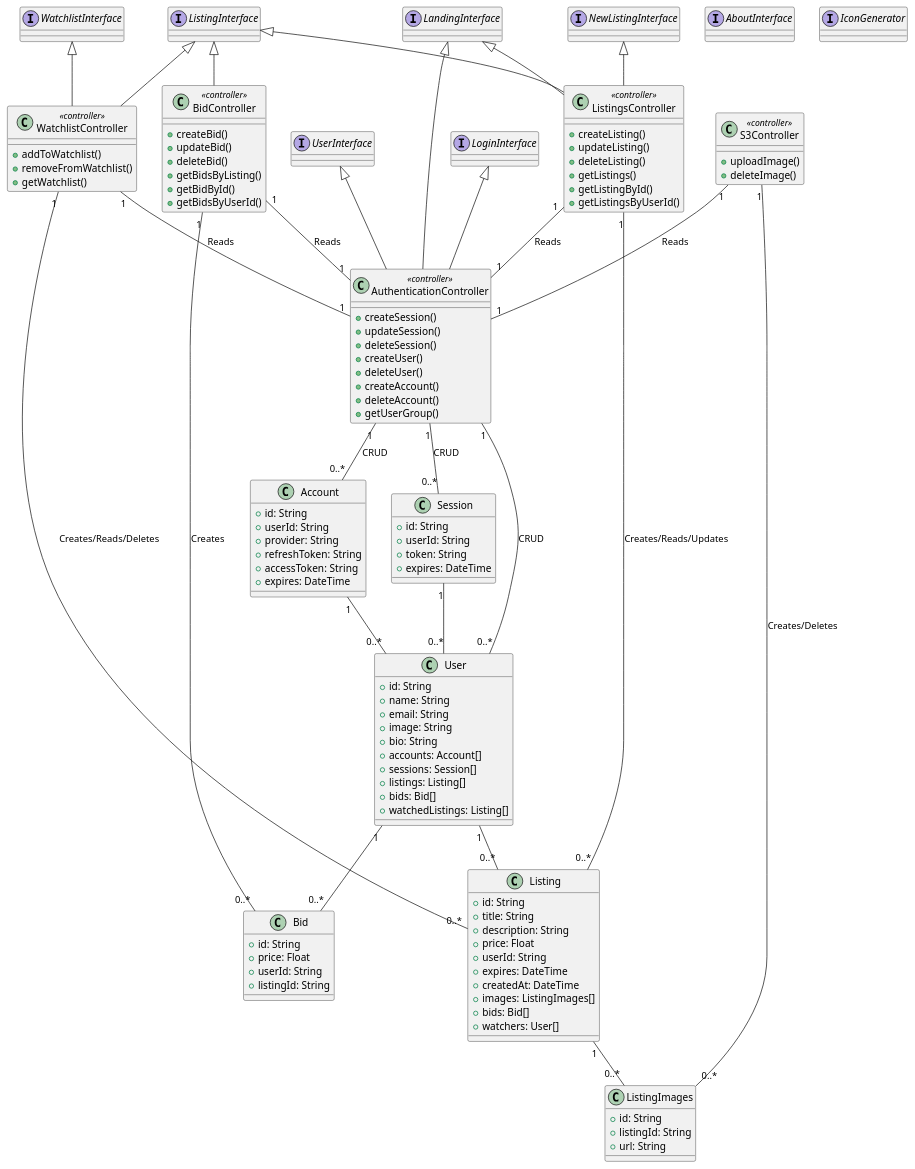
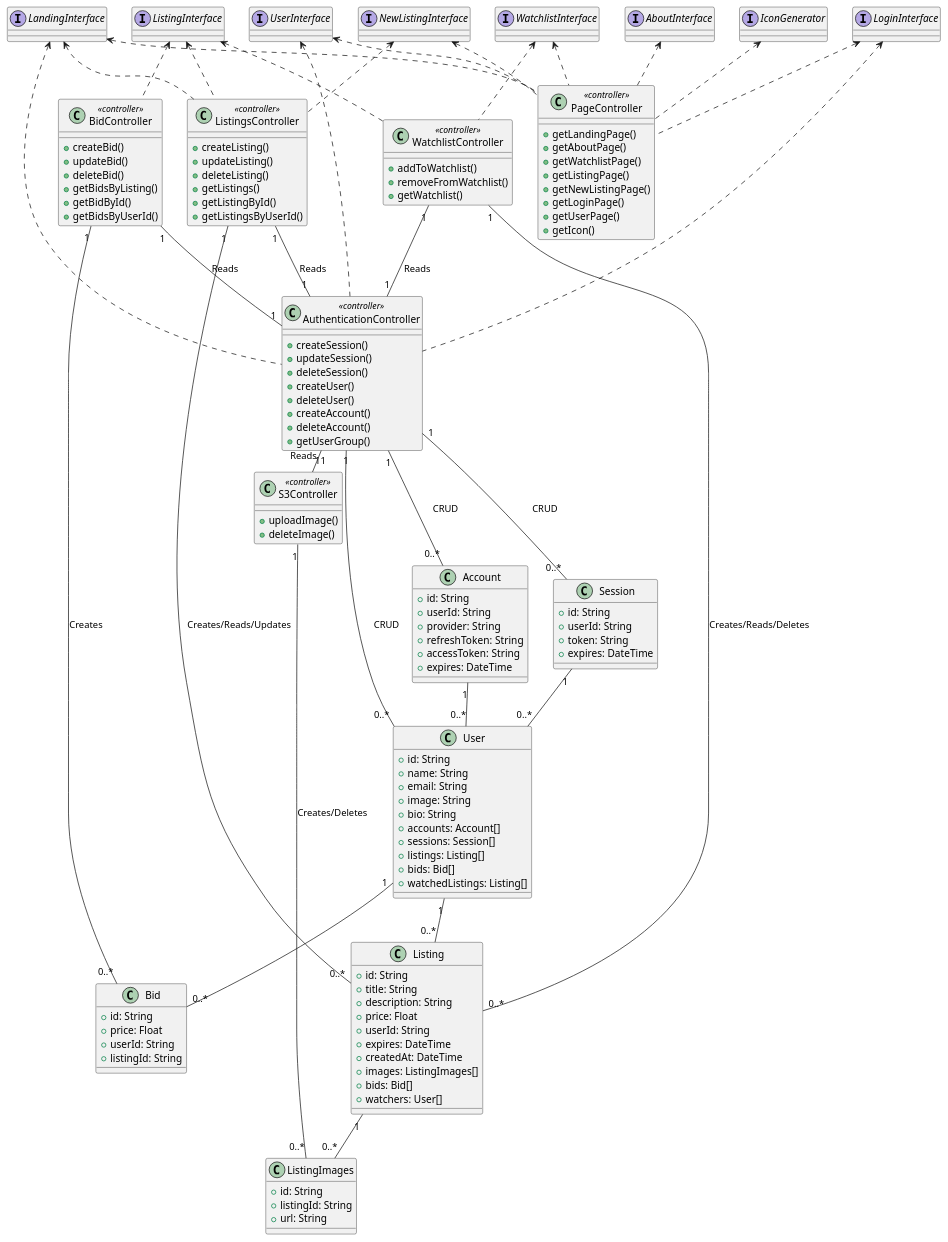
The diagram in uml/class_diagram.puml (martinmiglio/CS471-Project), drawn with PlantUML before and after one commit.

Commit message:
fix class diagram

```diff
--- a/uml/class_diagram.puml
+++ b/uml/class_diagram.puml
@@ -1,149 +1,166 @@
 @startuml ClassDiagram
 
 ' models
 
 class Account {
   +id: String
   +userId: String
   +provider: String
   +refreshToken: String
   +accessToken: String
   +expires: DateTime
 }
 
 class Session {
   +id: String
   +userId: String
   +token: String
   +expires: DateTime
 }
 
 class User {
   +id: String
   +name: String
   +email: String
   +image: String
   +bio: String
   +accounts: Account[]
   +sessions: Session[]
   +listings: Listing[]
   +bids: Bid[]
   +watchedListings: Listing[]
 }
 
 class Listing {
   +id: String
   +title: String
   +description: String
   +price: Float
   +userId: String
   +expires: DateTime
   +createdAt: DateTime
   +images: ListingImages[]
   +bids: Bid[]
   +watchers: User[]
 }
 
 class ListingImages {
   +id: String
   +listingId: String
   +url: String
 }
 
 class Bid {
   +id: String
   +price: Float
   +userId: String
   +listingId: String
 }
 
 Account "1" -- "0..*" User
 Session "1" -- "0..*" User
 User "1" -- "0..*" Listing
 User "1" -- "0..*" Bid
 Listing "1" -- "0..*" ListingImages
 
 ' controllers
+class PageController <<controller>>{
+  +getLandingPage()
+  +getAboutPage()
+  +getWatchlistPage()
+    +getListingPage()
+    +getNewListingPage()
+    +getLoginPage()
+    +getUserPage()
++getIcon()
+}
 
 class ListingsController <<controller>>{
   +createListing()
   +updateListing()
   +deleteListing()
   +getListings()
   +getListingById()
   +getListingsByUserId()
 }
 
 class WatchlistController <<controller>>{
   +addToWatchlist()
   +removeFromWatchlist()
   +getWatchlist()
 }
 
 class AuthenticationController <<controller>>{
   +createSession()
   +updateSession()
   +deleteSession()
   +createUser()
   +deleteUser()
   +createAccount()
   +deleteAccount()
   +getUserGroup()
 }
 
 class BidController <<controller>>{
   +createBid()
   +updateBid()
   +deleteBid()
   +getBidsByListing()
   +getBidById()
   +getBidsByUserId()
 }
 
 class S3Controller <<controller>>{
   +uploadImage()
   +deleteImage()
 }
 
 ' associations between routes and entities
 
 AuthenticationController "1" -- "0..*" User : CRUD
 AuthenticationController "1" -- "0..*" Account : CRUD
 AuthenticationController "1" -- "0..*" Session : CRUD
 
 ListingsController "1" -- "0..*" Listing : Creates/Reads/Updates
 ListingsController "1" -- "1" AuthenticationController : Reads
 
 WatchlistController "1" -- "0..*" Listing : Creates/Reads/Deletes
 WatchlistController "1" -- "1" AuthenticationController : Reads
 
 S3Controller "1" -- "0..*" ListingImages : Creates/Deletes
-S3Controller "1" -- "1" AuthenticationController : Reads
+S3Controller "1" -l- "1" AuthenticationController : Reads
 
 BidController "1" -- "0..*" Bid : Creates
 BidController "1" -- "1" AuthenticationController : Reads
 
 
 interface UserInterface
 interface ListingInterface
 interface NewListingInterface
 interface LoginInterface
 interface WatchlistInterface
 interface AboutInterface
 interface LandingInterface
 interface IconGenerator
 
 ' connect controllers to interfaces
 
-UserInterface <|-- AuthenticationController
-NewListingInterface <|-- ListingsController
-LoginInterface <|-- AuthenticationController
-WatchlistInterface <|-- WatchlistController
-LandingInterface <|-- AuthenticationController
-LandingInterface <|-- ListingsController
-ListingInterface <|-- ListingsController
-ListingInterface <|-- WatchlistController
-ListingInterface <|-- BidController
+UserInterface <.. AuthenticationController
+NewListingInterface <.. ListingsController
+LoginInterface <.. AuthenticationController
+WatchlistInterface <.. WatchlistController
+LandingInterface <.. AuthenticationController
+LandingInterface <.. ListingsController
+ListingInterface <.. ListingsController
+ListingInterface <.. WatchlistController
+ListingInterface <.. BidController
 
+UserInterface <.. PageController
+NewListingInterface <.. PageController
+LoginInterface <.. PageController
+WatchlistInterface <.. PageController
+AboutInterface <.. PageController
+LandingInterface <.. PageController
+IconGenerator <.. PageController
 
 @enduml
```
